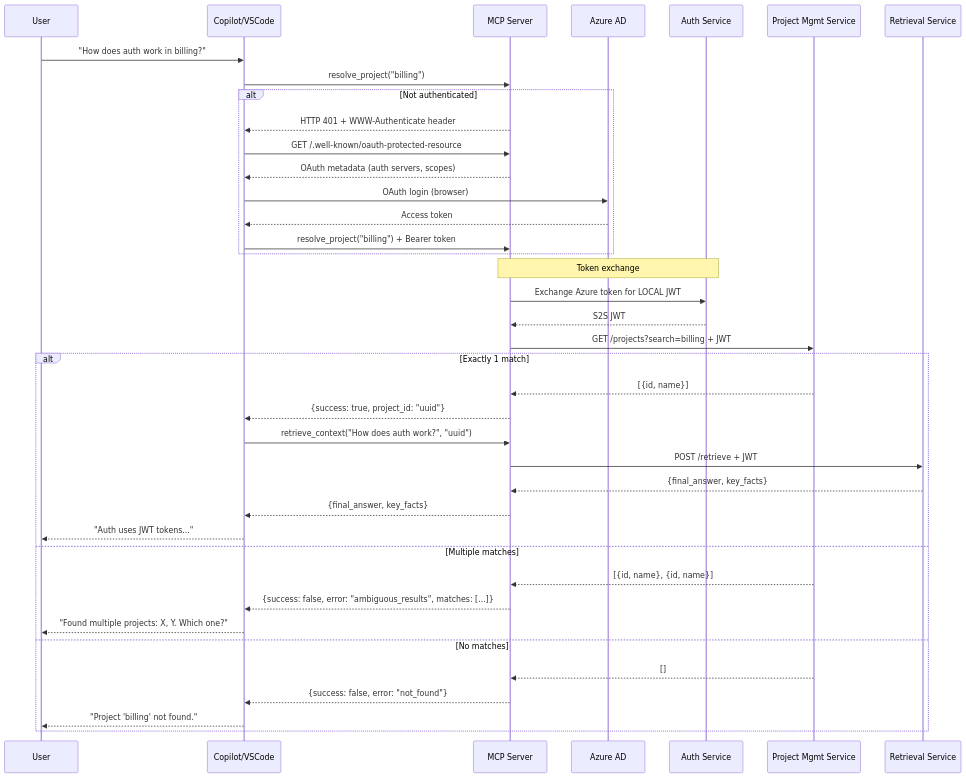
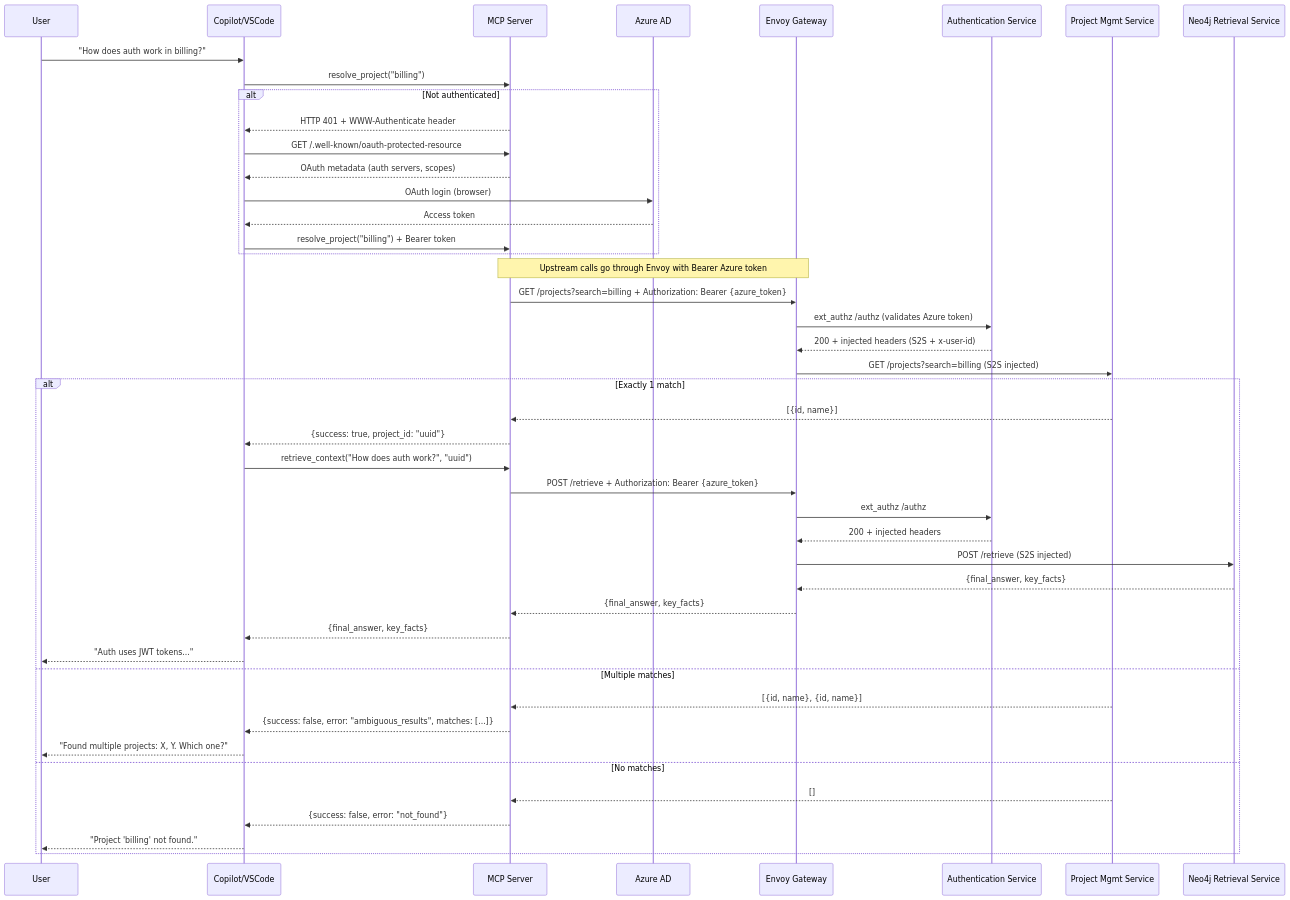
Before and after one commit to vladavilov/playground: the fourth of 4 diagrams in git-epic-creator/services/neo4j_retrieval_mcp_server/README.md, drawn with Mermaid. The commit also changed other lines of this file and 321 other files, not shown here.

````diff
--- a/git-epic-creator/services/neo4j_retrieval_mcp_server/README.md
+++ b/git-epic-creator/services/neo4j_retrieval_mcp_server/README.md
@@ -386,46 +386,51 @@
 ```mermaid
 sequenceDiagram
     participant U as User
     participant C as Copilot/VSCode
     participant M as MCP Server
     participant Azure as Azure AD
-    participant A as Auth Service
+    participant E as Envoy Gateway
+    participant A as Authentication Service
     participant P as Project Mgmt Service
-    participant R as Retrieval Service
+    participant R as Neo4j Retrieval Service
 
     U->>C: "How does auth work in billing?"
     C->>M: resolve_project("billing")
     
     alt Not authenticated
         M-->>C: HTTP 401 + WWW-Authenticate header
         C->>M: GET /.well-known/oauth-protected-resource
         M-->>C: OAuth metadata (auth servers, scopes)
         C->>Azure: OAuth login (browser)
         Azure-->>C: Access token
         C->>M: resolve_project("billing") + Bearer token
     end
-    
-    Note over M,A: Token exchange
-    M->>A: Exchange Azure token for LOCAL JWT
-    A-->>M: S2S JWT
-    
-    M->>P: GET /projects?search=billing + JWT
+
+    Note over M,E: Upstream calls go through Envoy with Bearer Azure token
+    M->>E: GET /projects?search=billing + Authorization: Bearer {azure_token}
+    E->>A: ext_authz /authz (validates Azure token)
+    A-->>E: 200 + injected headers (S2S + x-user-id)
+    E->>P: GET /projects?search=billing (S2S injected)
     
     alt Exactly 1 match
         P-->>M: [{id, name}]
         M-->>C: {success: true, project_id: "uuid"}
         C->>M: retrieve_context("How does auth work?", "uuid")
-        M->>R: POST /retrieve + JWT
-        R-->>M: {final_answer, key_facts}
+        M->>E: POST /retrieve + Authorization: Bearer {azure_token}
+        E->>A: ext_authz /authz
+        A-->>E: 200 + injected headers
+        E->>R: POST /retrieve (S2S injected)
+        R-->>E: {final_answer, key_facts}
+        E-->>M: {final_answer, key_facts}
         M-->>C: {final_answer, key_facts}
         C-->>U: "Auth uses JWT tokens..."
     else Multiple matches
         P-->>M: [{id, name}, {id, name}]
         M-->>C: {success: false, error: "ambiguous_results", matches: [...]}
         C-->>U: "Found multiple projects: X, Y. Which one?"
     else No matches
         P-->>M: []
         M-->>C: {success: false, error: "not_found"}
         C-->>U: "Project 'billing' not found."
     end
 ```
````
